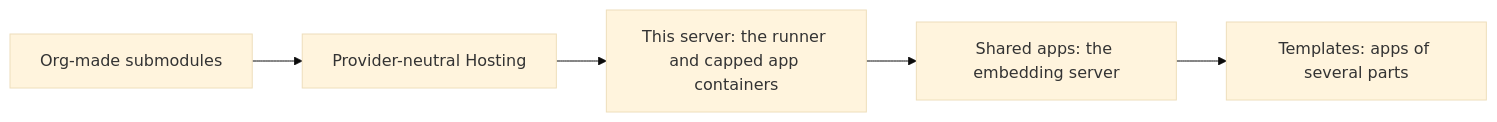
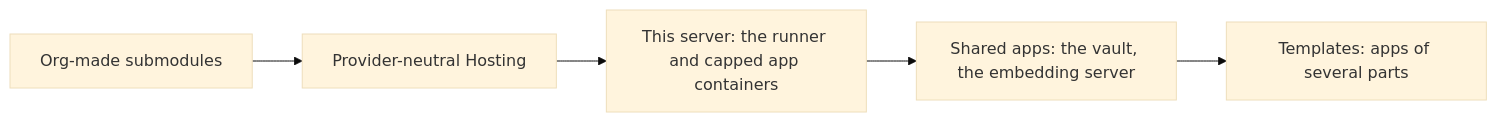
Before and after one commit to asusoda/soda-internal-api: the diagram in docs/roadmap.md, drawn with Mermaid (base theme). The commit also changed other lines of this file and 31 other files, not shown here.

First line of the commit message:
Add shared apps: apps the deployment owns that orgs subscribe to

````diff
--- a/docs/roadmap.md
+++ b/docs/roadmap.md
@@ -17,7 +17,7 @@
 ```mermaid
 flowchart LR
   a["Org-made submodules"] --> b["Provider-neutral Hosting"]
   b --> d["This server: the runner and capped app containers"]
-  d --> e["Shared apps: the embedding server"]
+  d --> e["Shared apps: the vault, the embedding server"]
   e --> f["Templates: apps of several parts"]
 ```
````
